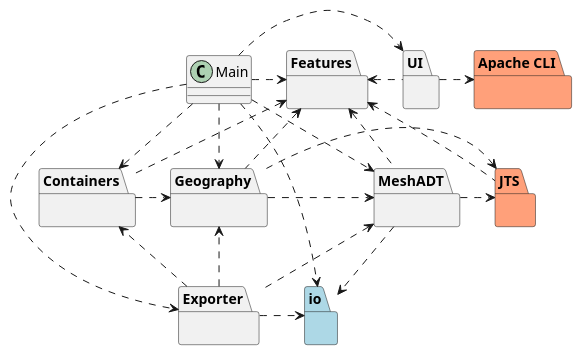
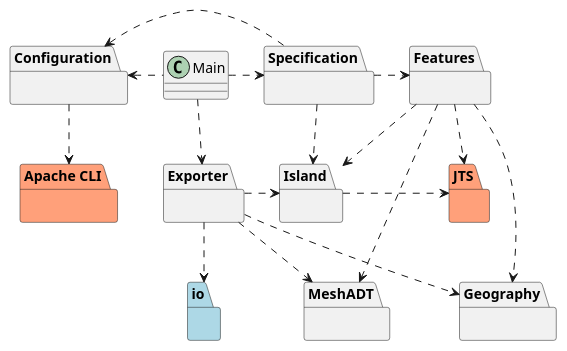
One commit to itshady/Island-Generator changed the diagram in umlDiagrams/A3/IslandArchitecture/island_arch.puml. Above: the diagram before and after it, drawn with PlantUML. The commit also changed 1 other file, not shown here.

Commit message:
Updated island architecture UML diagram to be more clear

```diff
--- a/umlDiagrams/A3/IslandArchitecture/island_arch.puml
+++ b/umlDiagrams/A3/IslandArchitecture/island_arch.puml
@@ -1,44 +1,38 @@
 @startuml
 
-
-package UI {}
+package Exporter {}
+package Configuration {}
+package Specification {}
+package Island {}
 package MeshADT {}
-package Exporter {}
-package Containers {}
 package JTS LightSalmon {}
 package "Apache CLI" LightSalmon {}
 package io LightBlue {}
+package Geography {}
 package Features {}
-package Geography {}
-
-Features <.. Containers
-Features <.. Geography
-Features <.. MeshADT
-Features <.. JTS
-Features <. UI
-
-Containers .> Geography
-Geography .> MeshADT
-Geography .> JTS
-
-MeshADT .> JTS
-MeshADT ..> io
-UI .> "Apache CLI"
-Exporter ..> Containers
-Exporter ..> Geography
-Exporter .> io
-MeshADT <. Exporter
 
 class Main
 
-Main .> UI
-Main .> MeshADT
-Main .> io
-Main .> Geography
-Main .> Exporter
-Main .> Containers
-Main .> Features
 
+Main .> Specification
+Configuration <. Main
+Configuration <. Specification
+
+Main ..> Exporter
+Exporter ..> MeshADT
+Specification ..> Island
+Exporter .> Island
+Exporter ..> io
+
+Island .> JTS
+Configuration ..> "Apache CLI"
+Exporter ..> Geography
+
+Specification .> Features
+Features ..> Island
+Features ..> Geography
+Features ..> MeshADT
+Features ..> JTS
 
 
 @enduml
```
